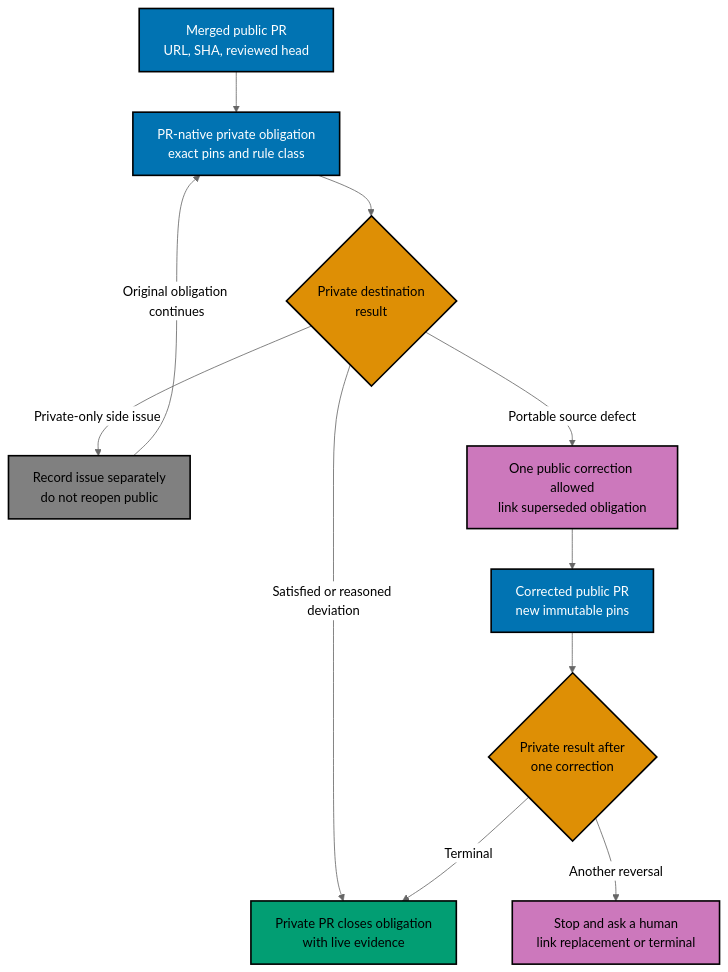
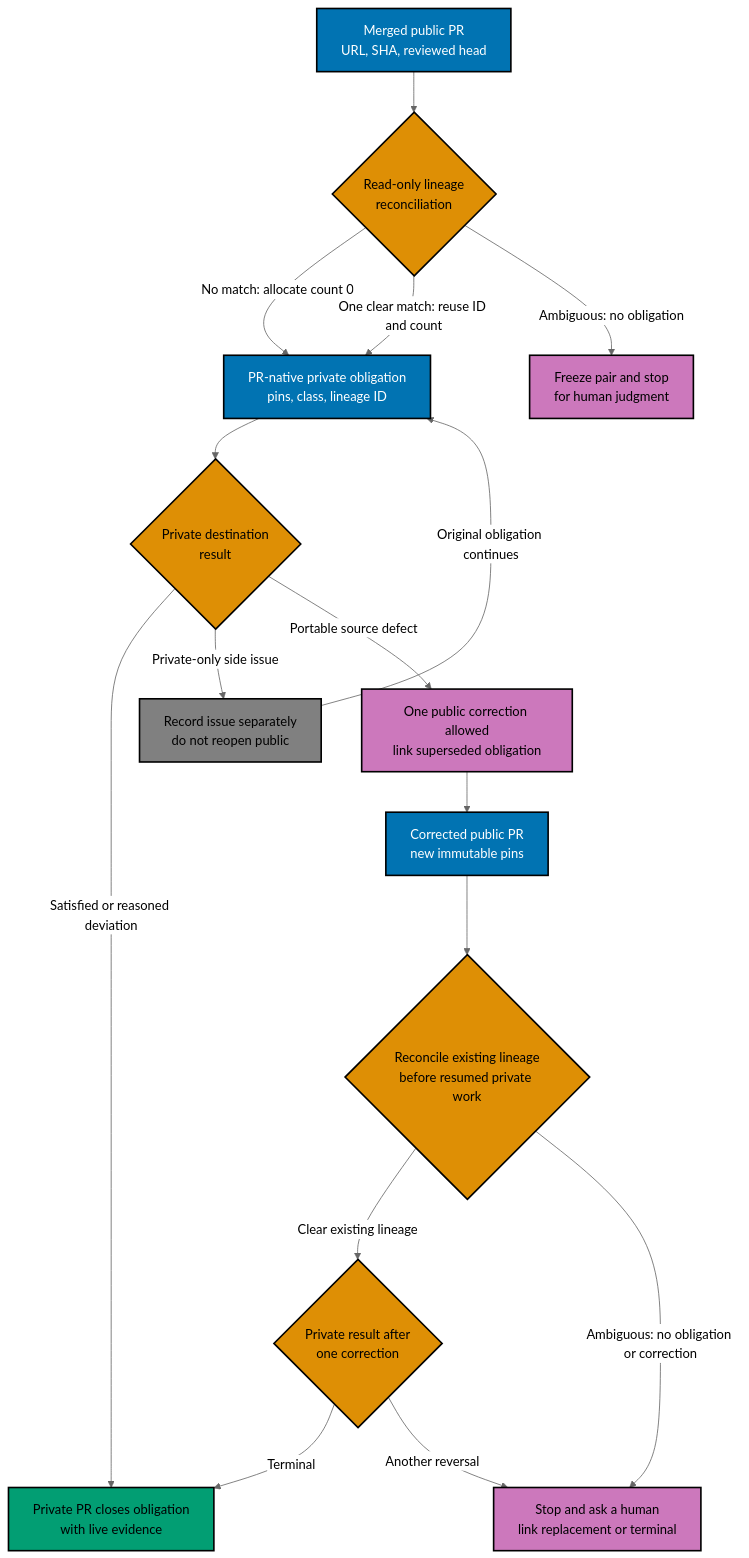
Before and after one commit to wahidyankf/open-sharia-fintech: the second of 3 diagrams in plans/in-progress/optimize-pr-process/tech-docs.md, drawn with Mermaid (neutral theme). The commit also changed other lines of this file and 6 other files, not shown here.

First line of the commit message:
docs(plan): reconcile idea execution and correction lineage (#272)

````diff
--- a/plans/in-progress/optimize-pr-process/tech-docs.md
+++ b/plans/in-progress/optimize-pr-process/tech-docs.md
@@ -128,21 +128,26 @@
 ```mermaid
 %% Color Palette: Blue #0173B2, Orange #DE8F05, Teal #029E73, Purple #CC78BC, Gray #808080
 flowchart TD
     accTitle: Public rule propagation and bounded private adaptation
     accDescr: A green public merge creates one pinned private obligation. Private work either closes it, records a private-only decision, or requests one public correction. A second reversal stops for human judgment.
-    P["Merged public PR<br/>URL, SHA, reviewed head"]:::blue --> O["PR-native private obligation<br/>exact pins and rule class"]:::blue
+    P["Merged public PR<br/>URL, SHA, reviewed head"]:::blue --> R{"Read-only lineage<br/>reconciliation"}:::orange
+    R -->|No match: allocate count 0| O["PR-native private obligation<br/>pins, class, lineage ID"]:::blue
+    R -->|One clear match: reuse ID and count| O
+    R -->|Ambiguous: no obligation| HS["Freeze pair and stop<br/>for human judgment"]:::purple
     O --> A{"Private destination<br/>result"}:::orange
     A -->|Satisfied or reasoned deviation| C["Private PR closes obligation<br/>with live evidence"]:::teal
     A -->|Private-only side issue| V["Record issue separately<br/>do not reopen public"]:::gray
     V -->|Original obligation continues| O
     A -->|Portable source defect| F["One public correction allowed<br/>link superseded obligation"]:::purple
     F --> P2["Corrected public PR<br/>new immutable pins"]:::blue
-    P2 --> A2{"Private result after<br/>one correction"}:::orange
+    P2 --> R2{"Reconcile existing lineage<br/>before resumed private work"}:::orange
+    R2 -->|Clear existing lineage| A2{"Private result after<br/>one correction"}:::orange
+    R2 -->|Ambiguous: no obligation or correction| H
     A2 -->|Terminal| C
     A2 -->|Another reversal| H["Stop and ask a human<br/>link replacement or terminal"]:::purple
     classDef blue fill:#0173B2,stroke:#000000,color:#FFFFFF,stroke-width:2px
     classDef orange fill:#DE8F05,stroke:#000000,color:#000000,stroke-width:2px
     classDef teal fill:#029E73,stroke:#000000,color:#000000,stroke-width:2px
     classDef purple fill:#CC78BC,stroke:#000000,color:#000000,stroke-width:2px
     classDef gray fill:#808080,stroke:#000000,color:#000000,stroke-width:2px
 ```
````
